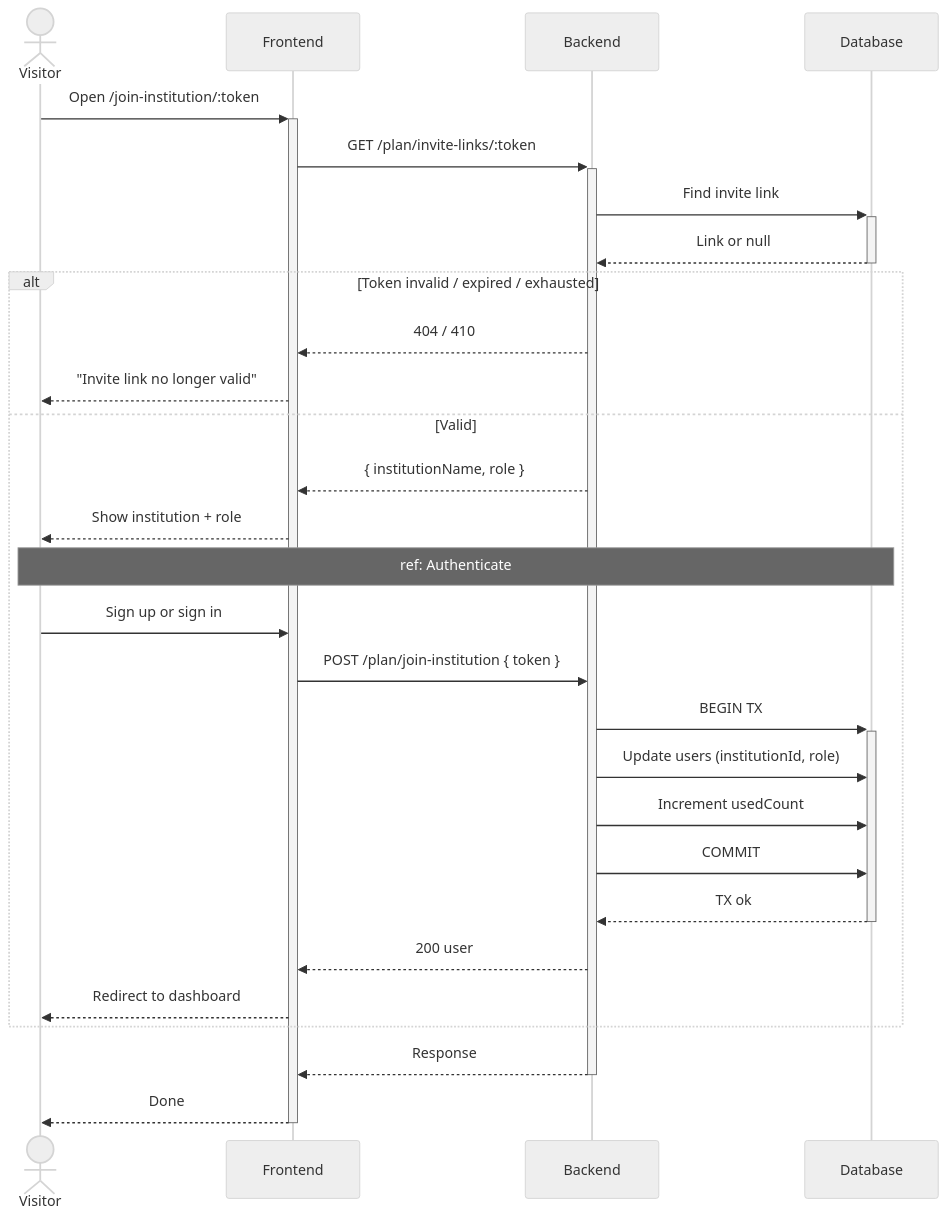
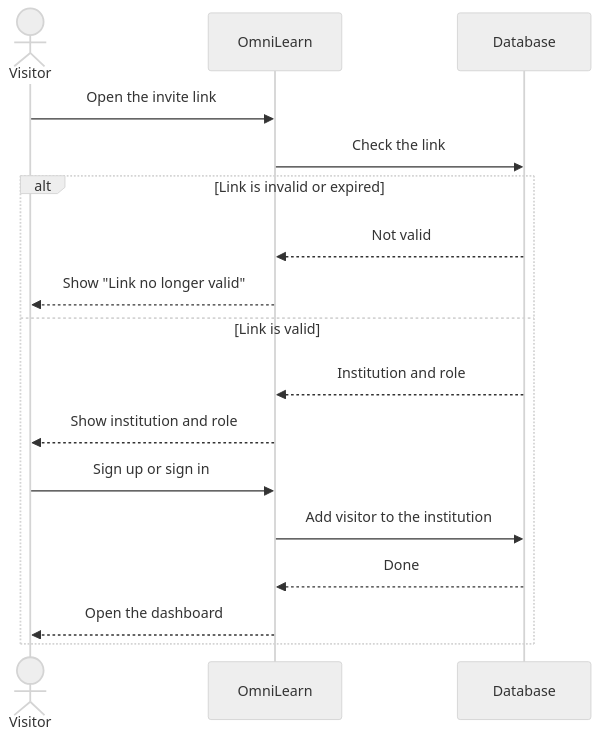
Before and after one commit to MaizaAymen/OmniLearn: the seventh of 14 diagrams in docs/08_chapitre6_sprint4.md, drawn with Mermaid (neutral theme).

````diff
--- a/docs/08_chapitre6_sprint4.md
+++ b/docs/08_chapitre6_sprint4.md
@@ -321,35 +321,21 @@
 ```mermaid
 sequenceDiagram
     actor Visitor
-    participant FE as Frontend
-    participant API as Backend
+    participant App as OmniLearn
     participant DB as Database
 
-    Visitor->>+FE: Open /join-institution/:token
-    FE->>+API: GET /plan/invite-links/:token
-    API->>+DB: Find invite link
-    DB-->>-API: Link or null
+    Visitor->>App: Open the invite link
+    App->>DB: Check the link
 
-    alt Token invalid / expired / exhausted
-        API-->>FE: 404 / 410
-        FE-->>Visitor: "Invite link no longer valid"
-    else Valid
-        API-->>FE: { institutionName, role }
-        FE-->>Visitor: Show institution + role
-
-        Note over Visitor,DB: ref: Authenticate
-
-        Visitor->>FE: Sign up or sign in
-        FE->>API: POST /plan/join-institution { token }
-        API->>+DB: BEGIN TX
-        API->>DB: Update users (institutionId, role)
-        API->>DB: Increment usedCount
-        API->>DB: COMMIT
-        DB-->>-API: TX ok
-        API-->>FE: 200 user
-        FE-->>Visitor: Redirect to dashboard
+    alt Link is invalid or expired
+        DB-->>App: Not valid
+        App-->>Visitor: Show "Link no longer valid"
+    else Link is valid
+        DB-->>App: Institution and role
+        App-->>Visitor: Show institution and role
+        Visitor->>App: Sign up or sign in
+        App->>DB: Add visitor to the institution
+        DB-->>App: Done
+        App-->>Visitor: Open the dashboard
     end
-
-    API-->>-FE: Response
-    FE-->>-Visitor: Done
 ```
````
